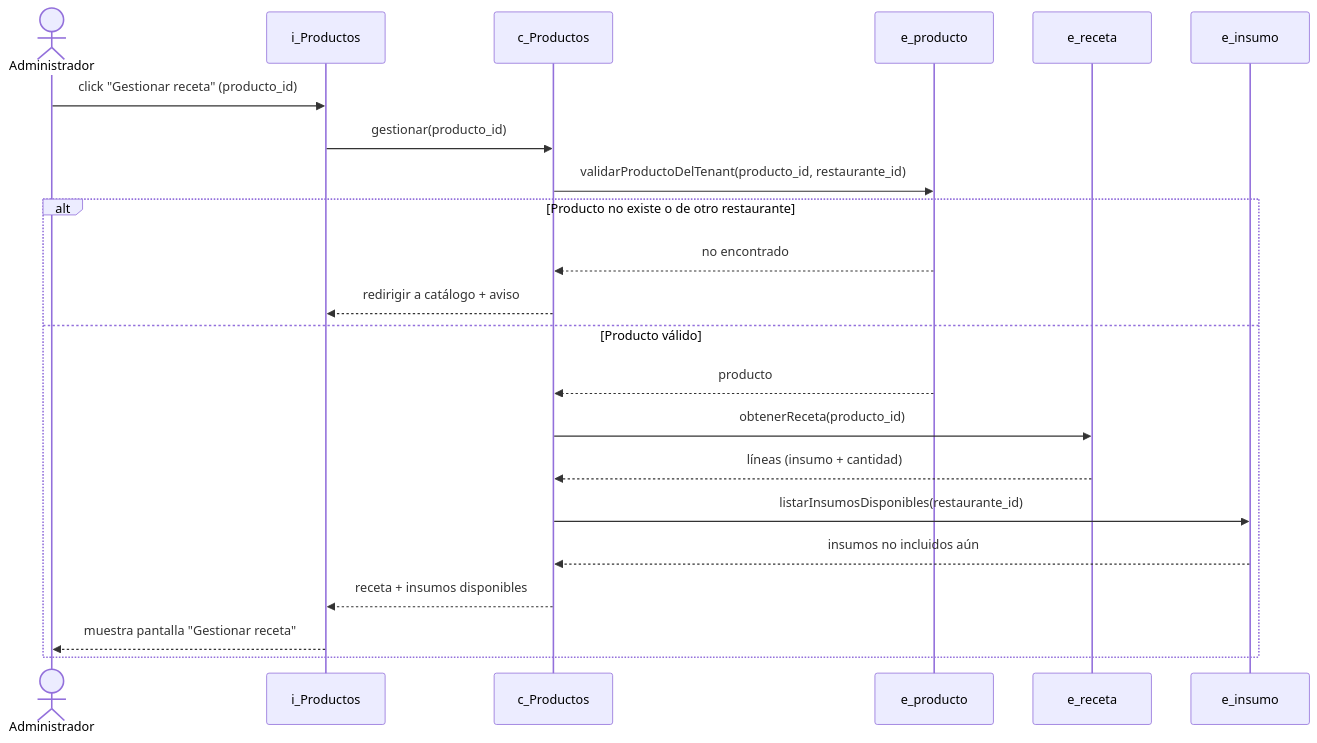
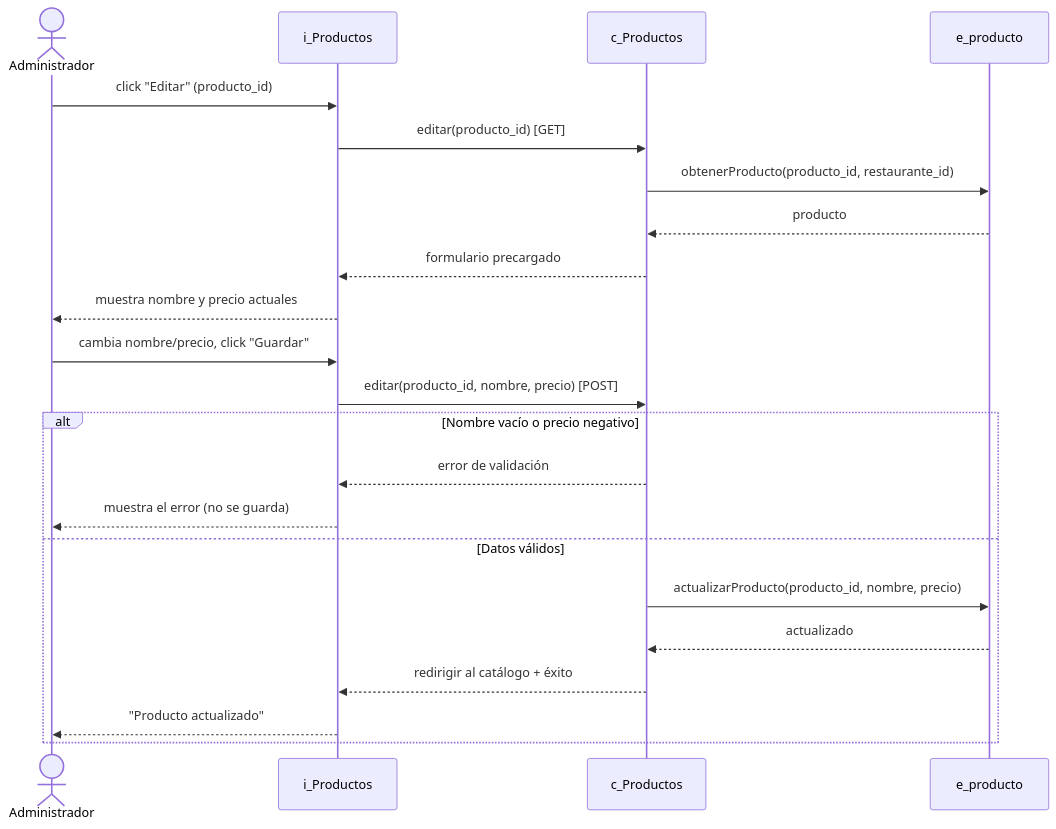
The third of 8 diagrams in docs/diagramas-secuencia-productos.md (Zarcooh/big-royal-saas), drawn with Mermaid before and after one commit. The commit also changed other lines of this file, not shown here.

First line of the commit message:
docs: agregar diagramas de secuencia CU-23/24/25 y limpiar el modulo

````diff
--- a/docs/diagramas-secuencia-productos.md
+++ b/docs/diagramas-secuencia-productos.md
@@ -51,25 +76,25 @@
 ```mermaid
 sequenceDiagram
     actor Admin as Administrador
     participant iR as i_Productos
     participant cR as c_Productos
     participant eProd as e_producto
-    participant eRec as e_receta
-    participant eIns as e_insumo
 
-    Admin->>iR: click "Gestionar receta" (producto_id)
-    iR->>cR: gestionar(producto_id)
-    cR->>eProd: validarProductoDelTenant(producto_id, restaurante_id)
-    alt Producto no existe o de otro restaurante
-        eProd-->>cR: no encontrado
-        cR-->>iR: redirigir a catálogo + aviso
-    else Producto válido
-        eProd-->>cR: producto
-        cR->>eRec: obtenerReceta(producto_id)
-        eRec-->>cR: líneas (insumo + cantidad)
-        cR->>eIns: listarInsumosDisponibles(restaurante_id)
-        eIns-->>cR: insumos no incluidos aún
-        cR-->>iR: receta + insumos disponibles
-        iR-->>Admin: muestra pantalla "Gestionar receta"
+    Admin->>iR: click "Editar" (producto_id)
+    iR->>cR: editar(producto_id) [GET]
+    cR->>eProd: obtenerProducto(producto_id, restaurante_id)
+    eProd-->>cR: producto
+    cR-->>iR: formulario precargado
+    iR-->>Admin: muestra nombre y precio actuales
+    Admin->>iR: cambia nombre/precio, click "Guardar"
+    iR->>cR: editar(producto_id, nombre, precio) [POST]
+    alt Nombre vacío o precio negativo
+        cR-->>iR: error de validación
+        iR-->>Admin: muestra el error (no se guarda)
+    else Datos válidos
+        cR->>eProd: actualizarProducto(producto_id, nombre, precio)
+        eProd-->>cR: actualizado
+        cR-->>iR: redirigir al catálogo + éxito
+        iR-->>Admin: "Producto actualizado"
     end
 ```
````
